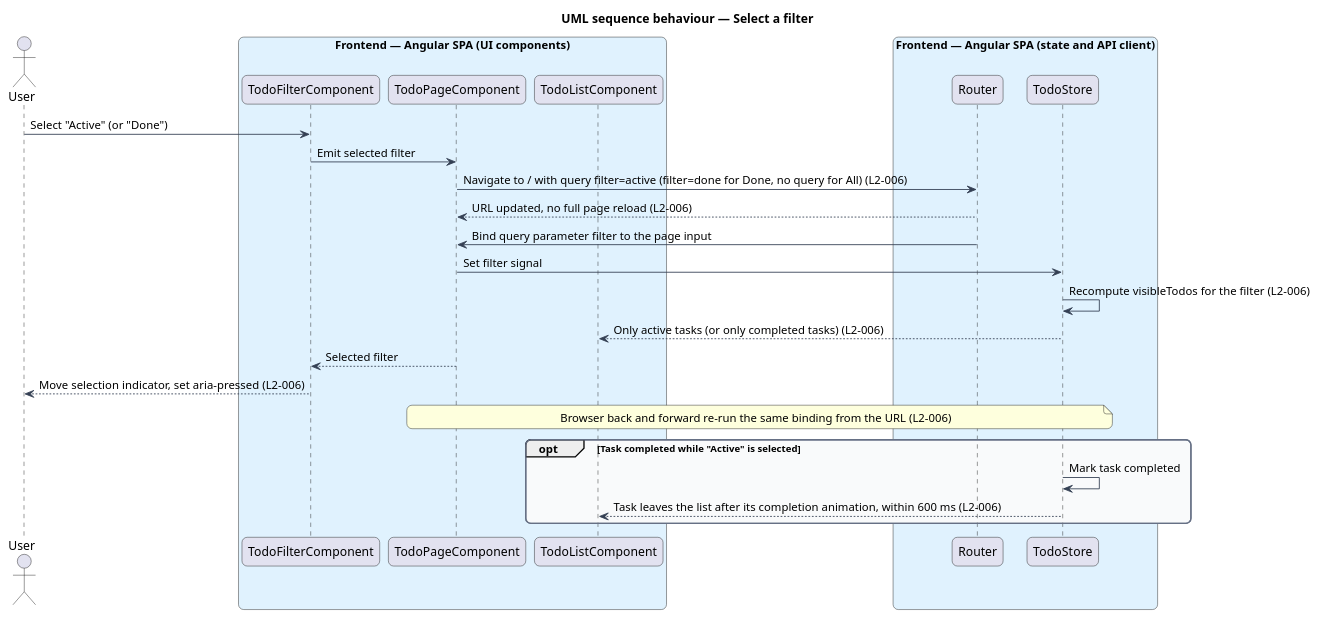
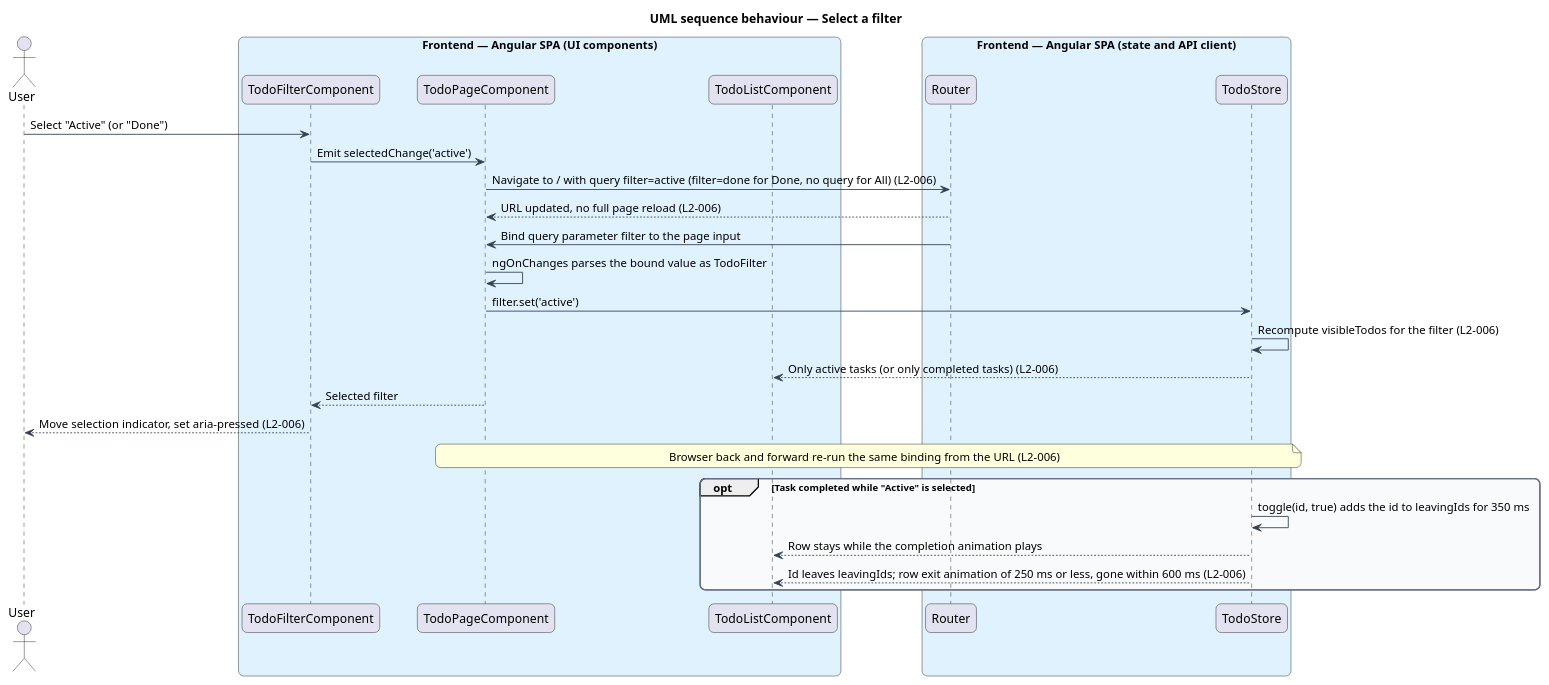
The diagram in docs/detailed-designs/task-browsing/filter-tasks/diagrams/sequence-select-filter.puml (QuinntyneBrown/php-todo-lab), drawn with PlantUML before and after one commit. The commit also changed 189 other files, not shown here.

```diff
--- a/docs/detailed-designs/task-browsing/filter-tasks/diagrams/sequence-select-filter.puml
+++ b/docs/detailed-designs/task-browsing/filter-tasks/diagrams/sequence-select-filter.puml
@@ -1,42 +1,44 @@
 @startuml
 title UML sequence behaviour — Select a filter
 skinparam backgroundColor #FFFFFF
 skinparam shadowing false
 skinparam roundcorner 12
 skinparam defaultFontName Arial
 skinparam ArrowColor #344054
 skinparam rectangle {
   BorderColor #344054
   FontColor #101828
 }
 skinparam package {
   BorderColor #667085
   FontColor #101828
   BackgroundColor #F9FAFB
 }
 actor "User" as user
 box "Frontend — Angular SPA (UI components)" #E0F2FE
   participant "TodoFilterComponent" as filter
   participant "TodoPageComponent" as page
   participant "TodoListComponent" as list
 end box
 box "Frontend — Angular SPA (state and API client)" #E0F2FE
   participant "Router" as router
   participant "TodoStore" as store
 end box
 user -> filter : Select "Active" (or "Done")
-filter -> page : Emit selected filter
+filter -> page : Emit selectedChange('active')
 page -> router : Navigate to / with query filter=active (filter=done for Done, no query for All) (L2-006)
 router --> page : URL updated, no full page reload (L2-006)
 router -> page : Bind query parameter filter to the page input
-page -> store : Set filter signal
+page -> page : ngOnChanges parses the bound value as TodoFilter
+page -> store : filter.set('active')
 store -> store : Recompute visibleTodos for the filter (L2-006)
 store --> list : Only active tasks (or only completed tasks) (L2-006)
 page --> filter : Selected filter
 filter --> user : Move selection indicator, set aria-pressed (L2-006)
 note over page, store : Browser back and forward re-run the same binding from the URL (L2-006)
 opt Task completed while "Active" is selected
-  store -> store : Mark task completed
-  store --> list : Task leaves the list after its completion animation, within 600 ms (L2-006)
+  store -> store : toggle(id, true) adds the id to leavingIds for 350 ms
+  store --> list : Row stays while the completion animation plays
+  store --> list : Id leaves leavingIds; row exit animation of 250 ms or less, gone within 600 ms (L2-006)
 end
 @enduml
```
